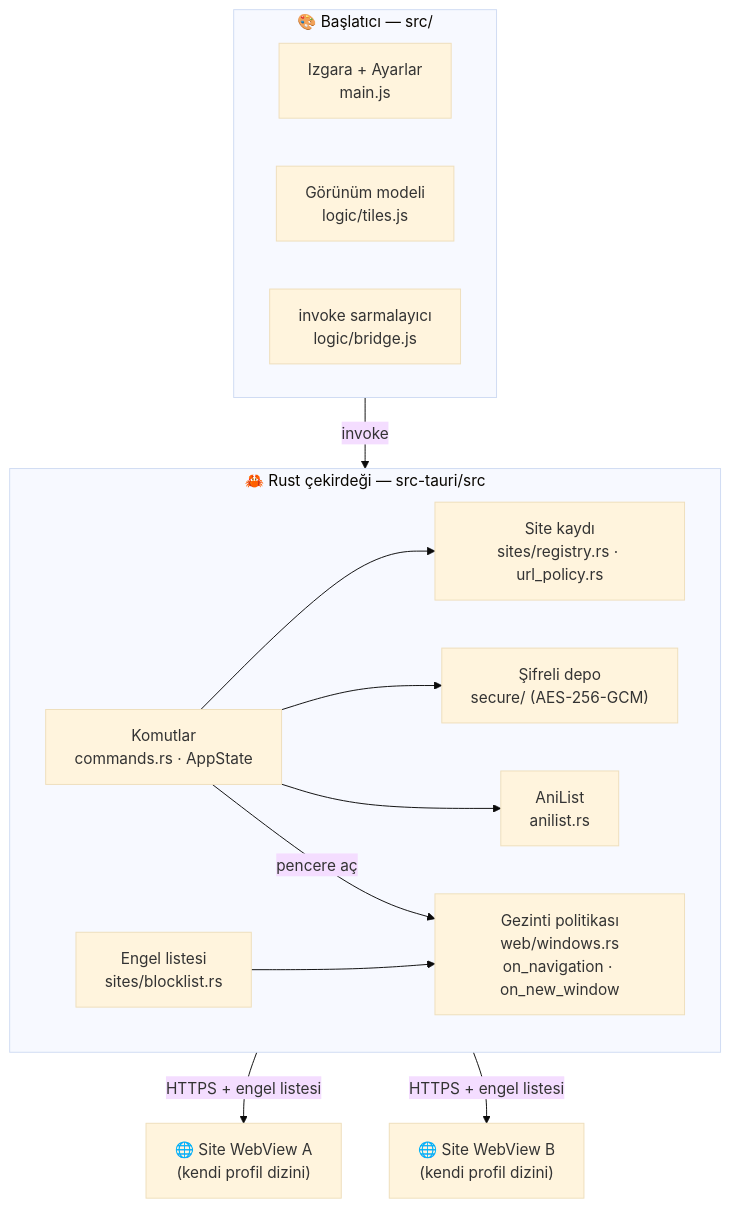
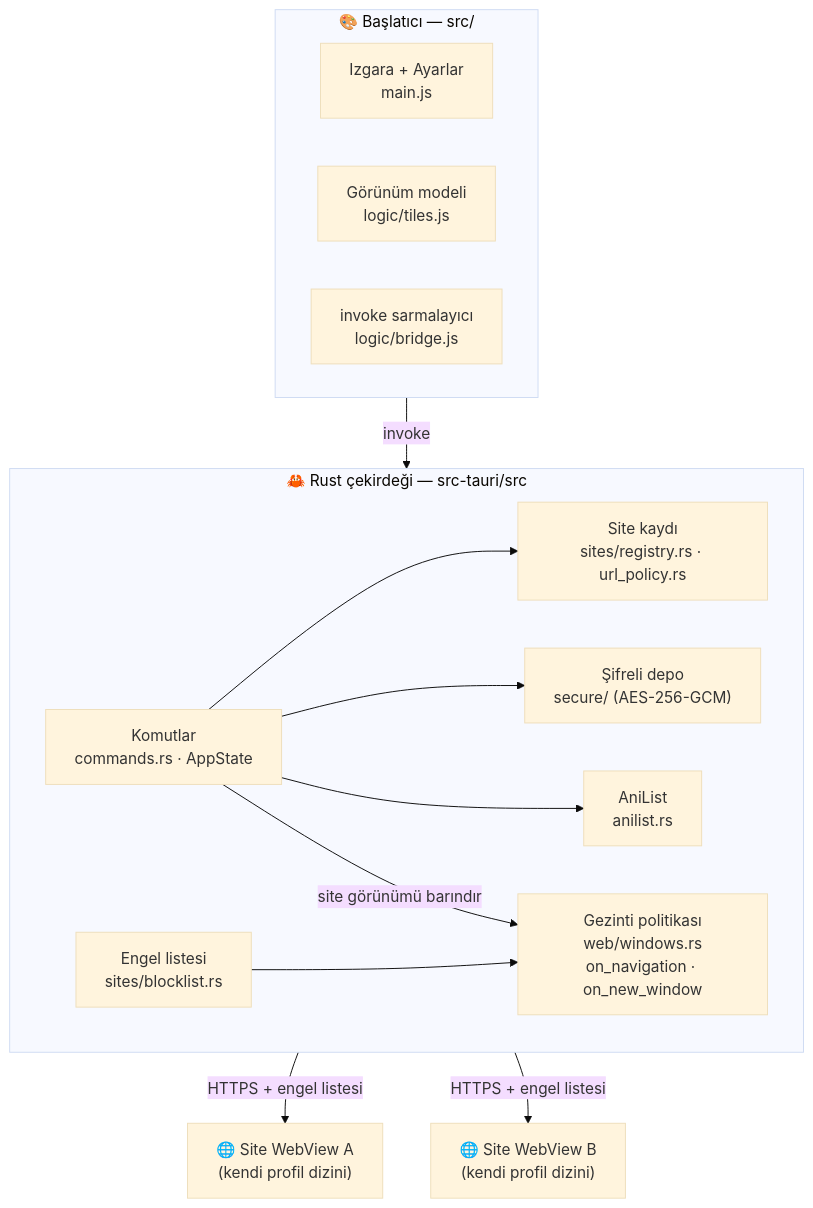
The diagram in README.md (mystery2430/Anime-Hub), drawn with Mermaid (base theme) before and after one commit. The commit also changed other lines of this file and 13 other files, not shown here.

First line of the commit message:
feat(ux): tek pencerede site görünümü, tema seçici, AniList giriş butonu

````diff
--- a/README.md
+++ b/README.md
@@ -59,31 +61,31 @@
 ```mermaid
 flowchart TB
     subgraph CORE["🦀 Rust çekirdeği — src-tauri/src"]
         direction LR
         CMD["Komutlar<br/>commands.rs · AppState"]
         POL["Gezinti politikası<br/>web/windows.rs<br/>on_navigation · on_new_window"]
         REG["Site kaydı<br/>sites/registry.rs · url_policy.rs"]
         BL["Engel listesi<br/>sites/blocklist.rs"]
         SEC["Şifreli depo<br/>secure/ (AES-256-GCM)"]
         AL["AniList<br/>anilist.rs"]
     end
 
     subgraph UI["🎨 Başlatıcı — src/"]
         direction LR
         MAIN["Izgara + Ayarlar<br/>main.js"]
         TILES["Görünüm modeli<br/>logic/tiles.js"]
         BRIDGE["invoke sarmalayıcı<br/>logic/bridge.js"]
     end
 
     WV1["🌐 Site WebView A<br/>(kendi profil dizini)"]
     WV2["🌐 Site WebView B<br/>(kendi profil dizini)"]
 
     UI -->|invoke| CMD
     CMD --> REG
     CMD --> SEC
     CMD --> AL
-    CMD -->|pencere aç| POL
+    CMD -->|site görünümü barındır| POL
     POL -->|HTTPS + engel listesi| WV1
     POL -->|HTTPS + engel listesi| WV2
     BL --> POL
 ```
````
